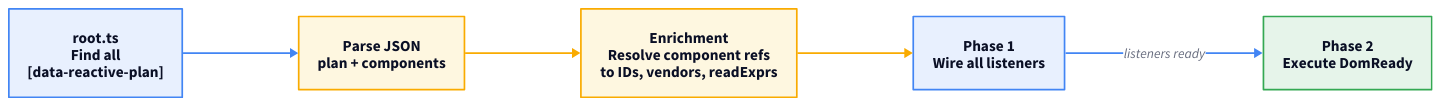
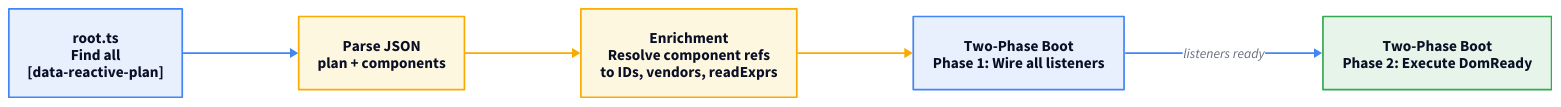
One commit to marafiq/alis-reactive changed the first of 2 diagrams in docs-site/src/content/docs/architecture/runtime.mdx. Above: the diagram before and after it, drawn with D2.

Commit message:
docs: label boot diagram nodes as Two-Phase Boot

````diff
--- a/docs-site/src/content/docs/architecture/runtime.mdx
+++ b/docs-site/src/content/docs/architecture/runtime.mdx
@@ -41,47 +41,47 @@
 ```d2
 direction: right
 
 discover: "root.ts\nFind all\n[data-reactive-plan]" {
   shape: rectangle
   style.fill: "#e8f0fe"
   style.stroke: "#4285f4"
   style.font-size: 18
 }
 parse: "Parse JSON\nplan + components" {
   shape: rectangle
   style.fill: "#fef7e0"
   style.stroke: "#f9ab00"
   style.font-size: 18
 }
 enrich: "Enrichment\nResolve component refs\nto IDs, vendors, readExprs" {
   shape: rectangle
   style.fill: "#fef7e0"
   style.stroke: "#f9ab00"
   style.font-size: 18
 }
-phase1: "Phase 1\nWire all listeners" {
+phase1: "Two-Phase Boot\nPhase 1: Wire all listeners" {
   shape: rectangle
   style.fill: "#e8f0fe"
   style.stroke: "#4285f4"
   style.font-size: 18
 }
-phase2: "Phase 2\nExecute DomReady" {
+phase2: "Two-Phase Boot\nPhase 2: Execute DomReady" {
   shape: rectangle
   style.fill: "#e6f4ea"
   style.stroke: "#34a853"
   style.font-size: 18
 }
 
 discover -> parse {
   style.stroke: "#4285f4"
 }
 parse -> enrich {
   style.stroke: "#f9ab00"
 }
 enrich -> phase1 {
   style.stroke: "#f9ab00"
 }
 phase1 -> phase2: listeners ready {
   style.stroke: "#4285f4"
 }
 ```
````
